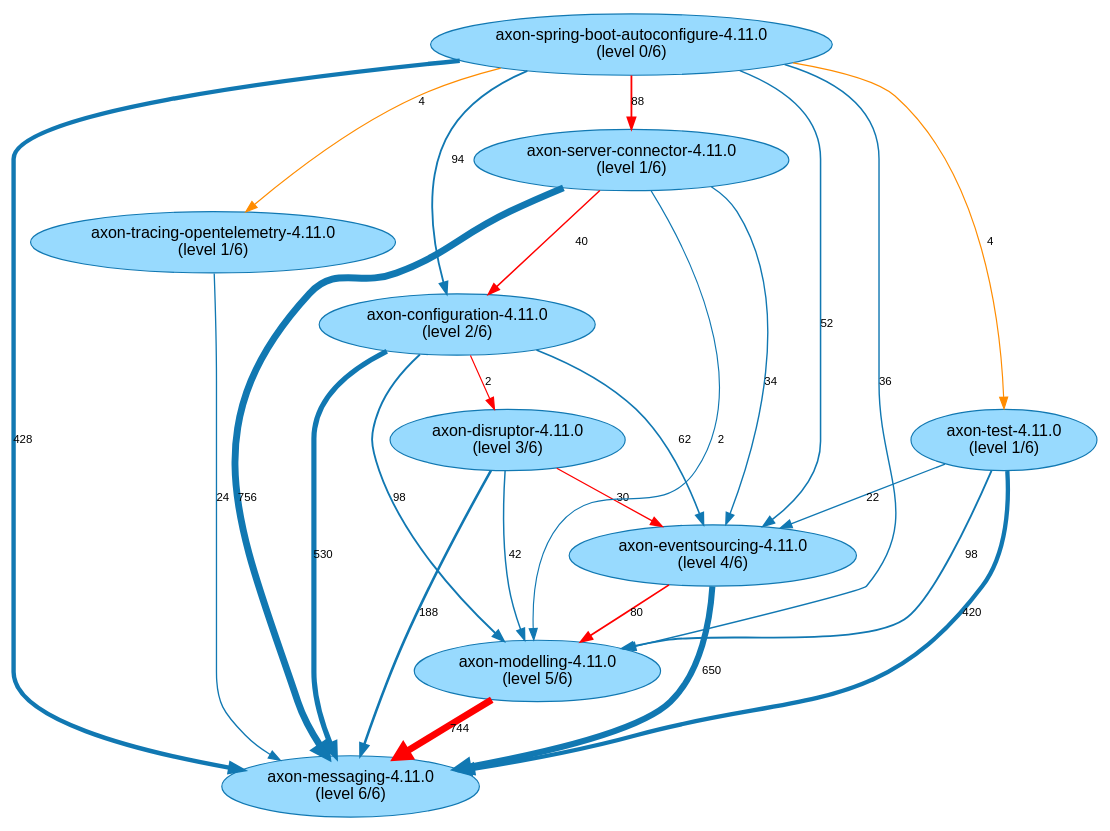
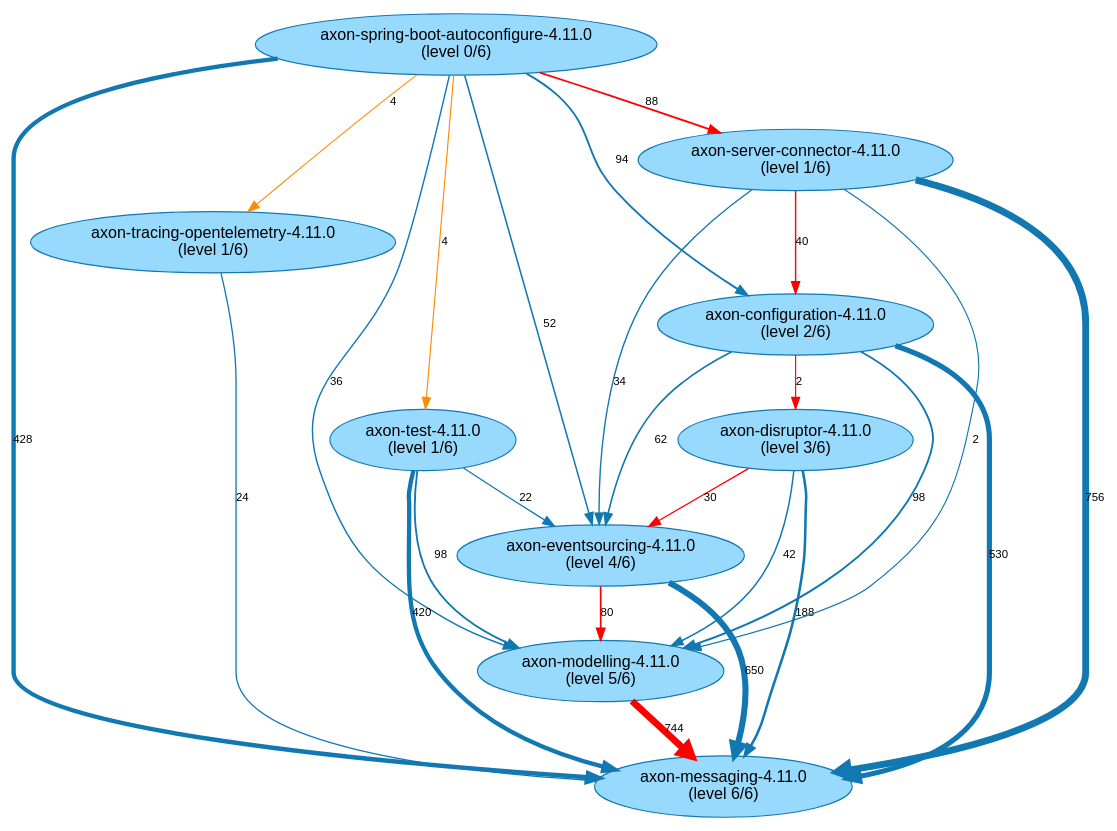
The diagram in analysis-results/AxonFramework/AxonFramework-4.11.0/path-finding-visualization/JavaArtifactLongestPaths.gv (JohT/code-graph-analysis-examples), drawn with Graphviz before and after one commit. The commit also changed other lines of this file and 187 other files, not shown here.

```diff
--- a/analysis-results/AxonFramework/AxonFramework-4.11.0/path-finding-visualization/JavaArtifactLongestPaths.gv
+++ b/analysis-results/AxonFramework/AxonFramework-4.11.0/path-finding-visualization/JavaArtifactLongestPaths.gv
@@ -1,37 +1,37 @@
 // This GraphViz dot file was generated by the script convertQueryResultCsvToGraphVizDotFile.sh with default.template
 
 strict digraph JavaArtifactLongestPaths {
     fontname = "Helvetica,Arial,sans-serif";
     node [fontname = "Helvetica,Arial,sans-serif";];
     edge [fontname = "Helvetica,Arial,sans-serif"; fontsize = 10;];
     node [style = filled; fillcolor = "0.560 0.400 0.999";];
     node [color = "0.560 0.900 0.700";];
     edge [color = "0.560 0.900 0.700";];
+	"axon-disruptor-4.11.0\n(level 3/6)" -> "axon-modelling-4.11.0\n(level 5/6)" [label=42; penwidth=1.27; ];
 	"axon-disruptor-4.11.0\n(level 3/6)" -> "axon-messaging-4.11.0\n(level 6/6)" [label=188; penwidth=2.23; ];
-	"axon-disruptor-4.11.0\n(level 3/6)" -> "axon-modelling-4.11.0\n(level 5/6)" [label=42; penwidth=1.27; ];
 	"axon-disruptor-4.11.0\n(level 3/6)" -> "axon-eventsourcing-4.11.0\n(level 4/6)" [label=30; penwidth=1.19; color="red"; ];
 	"axon-tracing-opentelemetry-4.11.0\n(level 1/6)" -> "axon-messaging-4.11.0\n(level 6/6)" [label=24; penwidth=1.15; ];
 	"axon-modelling-4.11.0\n(level 5/6)" -> "axon-messaging-4.11.0\n(level 6/6)" [label=744; penwidth=5.92; color="red"; ];
 	"axon-eventsourcing-4.11.0\n(level 4/6)" -> "axon-messaging-4.11.0\n(level 6/6)" [label=650; penwidth=5.3; ];
 	"axon-eventsourcing-4.11.0\n(level 4/6)" -> "axon-modelling-4.11.0\n(level 5/6)" [label=80; penwidth=1.52; color="red"; ];
 	"axon-server-connector-4.11.0\n(level 1/6)" -> "axon-messaging-4.11.0\n(level 6/6)" [label=756; penwidth=6.0; ];
 	"axon-server-connector-4.11.0\n(level 1/6)" -> "axon-configuration-4.11.0\n(level 2/6)" [label=40; penwidth=1.25; color="red"; ];
 	"axon-server-connector-4.11.0\n(level 1/6)" -> "axon-eventsourcing-4.11.0\n(level 4/6)" [label=34; penwidth=1.21; ];
 	"axon-server-connector-4.11.0\n(level 1/6)" -> "axon-modelling-4.11.0\n(level 5/6)" [label=2; penwidth=1.0; ];
 	"axon-spring-boot-autoconfigure-4.11.0\n(level 0/6)" -> "axon-server-connector-4.11.0\n(level 1/6)" [label=88; penwidth=1.57; color="red"; ];
+	"axon-spring-boot-autoconfigure-4.11.0\n(level 0/6)" -> "axon-messaging-4.11.0\n(level 6/6)" [label=428; penwidth=3.82; ];
 	"axon-spring-boot-autoconfigure-4.11.0\n(level 0/6)" -> "axon-eventsourcing-4.11.0\n(level 4/6)" [label=52; penwidth=1.33; ];
-	"axon-spring-boot-autoconfigure-4.11.0\n(level 0/6)" -> "axon-messaging-4.11.0\n(level 6/6)" [label=428; penwidth=3.82; ];
 	"axon-spring-boot-autoconfigure-4.11.0\n(level 0/6)" -> "axon-configuration-4.11.0\n(level 2/6)" [label=94; penwidth=1.61; ];
 	"axon-spring-boot-autoconfigure-4.11.0\n(level 0/6)" -> "axon-modelling-4.11.0\n(level 5/6)" [label=36; penwidth=1.23; ];
 	"axon-spring-boot-autoconfigure-4.11.0\n(level 0/6)" -> "axon-test-4.11.0\n(level 1/6)" [label=4; penwidth=1.01; ];
 	"axon-spring-boot-autoconfigure-4.11.0\n(level 0/6)" -> "axon-tracing-opentelemetry-4.11.0\n(level 1/6)" [label=4; penwidth=1.01; ];
 	"axon-configuration-4.11.0\n(level 2/6)" -> "axon-eventsourcing-4.11.0\n(level 4/6)" [label=62; penwidth=1.4; ];
 	"axon-configuration-4.11.0\n(level 2/6)" -> "axon-modelling-4.11.0\n(level 5/6)" [label=98; penwidth=1.64; ];
 	"axon-configuration-4.11.0\n(level 2/6)" -> "axon-messaging-4.11.0\n(level 6/6)" [label=530; penwidth=4.5; ];
 	"axon-configuration-4.11.0\n(level 2/6)" -> "axon-disruptor-4.11.0\n(level 3/6)" [label=2; penwidth=1.0; color="red"; ];
 	"axon-test-4.11.0\n(level 1/6)" -> "axon-messaging-4.11.0\n(level 6/6)" [label=420; penwidth=3.77; ];
 	"axon-test-4.11.0\n(level 1/6)" -> "axon-modelling-4.11.0\n(level 5/6)" [label=98; penwidth=1.64; ];
 	"axon-test-4.11.0\n(level 1/6)" -> "axon-eventsourcing-4.11.0\n(level 4/6)" [label=22; penwidth=1.13; ];
 	"axon-spring-boot-autoconfigure-4.11.0\n(level 0/6)" -> "axon-tracing-opentelemetry-4.11.0\n(level 1/6)" [label=4; penwidth=1.01; color="darkorange"; ];
 	"axon-spring-boot-autoconfigure-4.11.0\n(level 0/6)" -> "axon-test-4.11.0\n(level 1/6)" [label=4; penwidth=1.01; color="darkorange"; ];
 }
```
